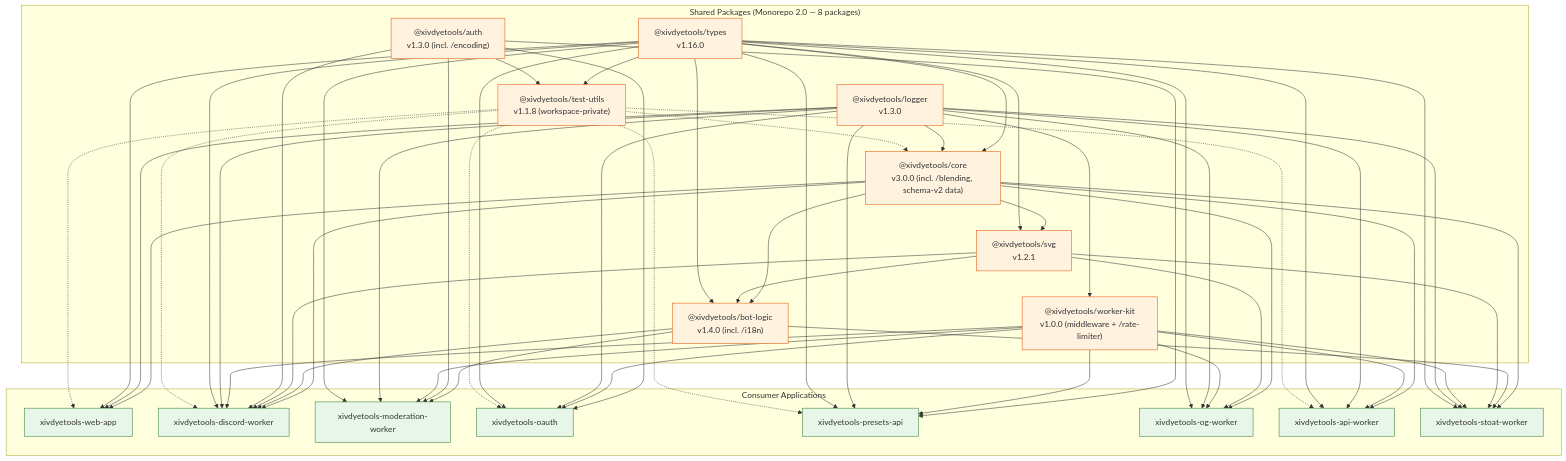
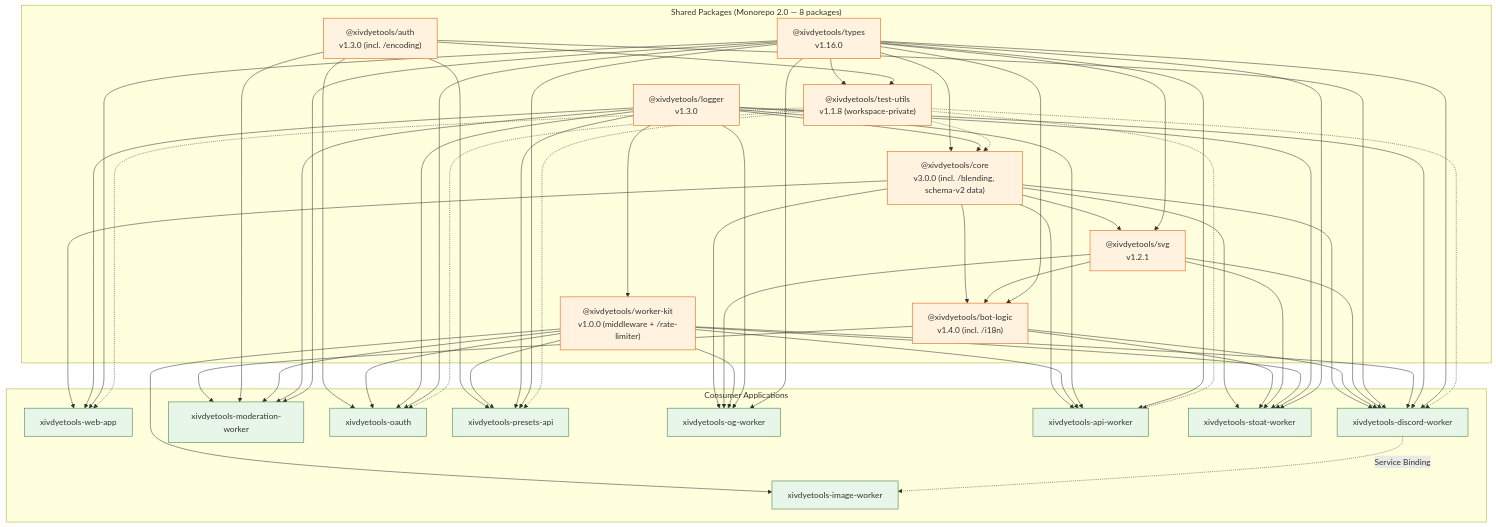
One commit to FlashGalatine/xivdyetools changed the diagram in docs/architecture/dependency-graph.md. Above: the diagram before and after it, drawn with Mermaid. The commit also changed other lines of this file and 8 other files, not shown here.

First line of the commit message:
fix(image-worker): close public surface, harden first deploy, fix stale docs

````diff
--- a/docs/architecture/dependency-graph.md
+++ b/docs/architecture/dependency-graph.md
@@ -28,6 +28,7 @@
         OG["xivdyetools-og-worker"]
         APIWORKER["xivdyetools-api-worker"]
         STOAT["xivdyetools-stoat-worker"]
+        IMGWORKER["xivdyetools-image-worker"]
     end
 
     %% Foundation dependencies
@@ -67,6 +68,7 @@
     WKIT --> OG
     WKIT --> APIWORKER
     WKIT --> STOAT
+    WKIT --> IMGWORKER
     LOGGER --> WEB
     LOGGER --> DISCORD
     LOGGER --> MODBOT
@@ -83,6 +85,7 @@
     TYPES --> OG
     TYPES --> APIWORKER
     TYPES --> STOAT
+    DISCORD -. Service Binding .-> IMGWORKER
 
     %% Test utils (dev dependency)
     TEST -.-> CORE
@@ -98,5 +101,5 @@
     classDef consumer fill:#e8f5e9,stroke:#2e7d32
 
     class TYPES,LOGGER,AUTH,WKIT,TEST,CORE,SVG,BOTLOGIC npm
-    class WEB,DISCORD,MODBOT,OAUTH,PRESETS,OG,APIWORKER,STOAT consumer
+    class WEB,DISCORD,MODBOT,OAUTH,PRESETS,OG,APIWORKER,STOAT,IMGWORKER consumer
 ```
````
